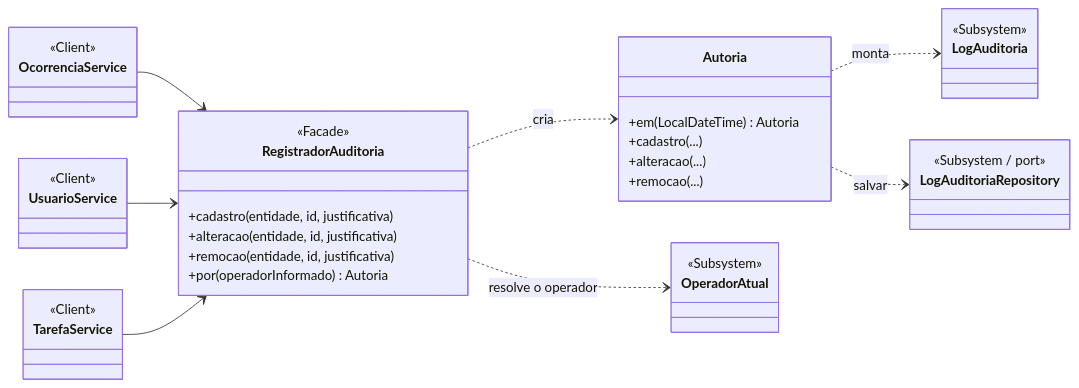
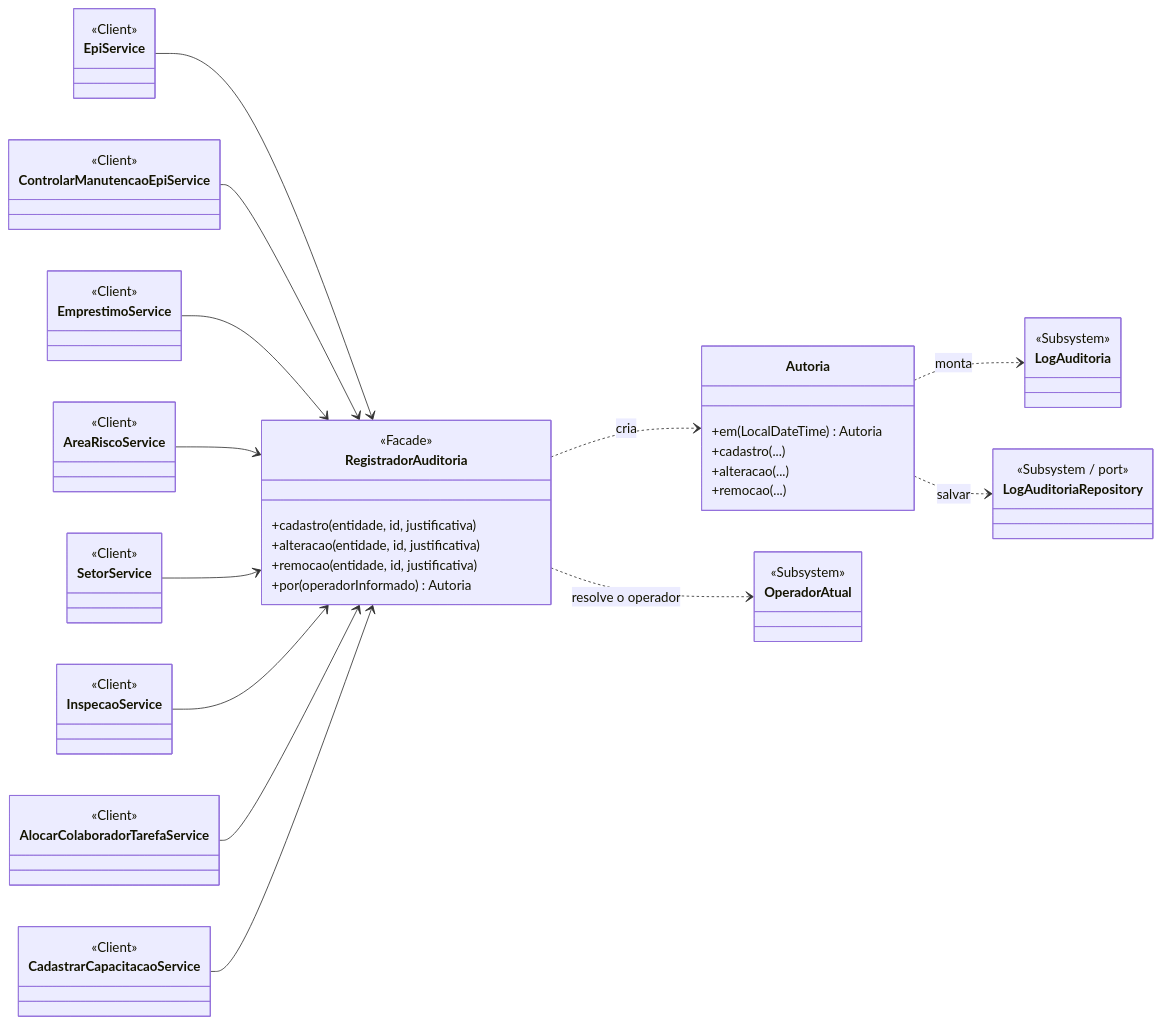
Before and after one commit to yIuriy/rp-iv-grupo03-safeplace: the tenth of 38 diagrams in docs/arquitetura/padroes-de-projeto.md, drawn with Mermaid. The commit also changed other lines of this file, not shown here.

````diff
--- a/docs/arquitetura/padroes-de-projeto.md
+++ b/docs/arquitetura/padroes-de-projeto.md
@@ -908,42 +925,62 @@
 ```mermaid
 classDiagram
   direction LR
   class RegistradorAuditoria {
     <<Facade>>
     +cadastro(entidade, id, justificativa)
     +alteracao(entidade, id, justificativa)
     +remocao(entidade, id, justificativa)
     +por(operadorInformado) Autoria
   }
   class Autoria {
     +em(LocalDateTime) Autoria
     +cadastro(...)
     +alteracao(...)
     +remocao(...)
   }
   class LogAuditoria {
     <<Subsystem>>
   }
   class LogAuditoriaRepository {
     <<Subsystem / port>>
   }
   class OperadorAtual {
     <<Subsystem>>
   }
-  class OcorrenciaService {
+  class EpiService {
     <<Client>>
   }
-  class UsuarioService {
+  class ControlarManutencaoEpiService {
     <<Client>>
   }
-  class TarefaService {
+  class EmprestimoService {
+    <<Client>>
+  }
+  class AreaRiscoService {
+    <<Client>>
+  }
+  class SetorService {
+    <<Client>>
+  }
+  class InspecaoService {
+    <<Client>>
+  }
+  class AlocarColaboradorTarefaService {
+    <<Client>>
+  }
+  class CadastrarCapacitacaoService {
     <<Client>>
   }
   RegistradorAuditoria ..> Autoria : cria
   Autoria ..> LogAuditoria : monta
   Autoria ..> LogAuditoriaRepository : salvar
   RegistradorAuditoria ..> OperadorAtual : resolve o operador
-  OcorrenciaService --> RegistradorAuditoria
-  UsuarioService --> RegistradorAuditoria
-  TarefaService --> RegistradorAuditoria
+  EpiService --> RegistradorAuditoria
+  ControlarManutencaoEpiService --> RegistradorAuditoria
+  EmprestimoService --> RegistradorAuditoria
+  AreaRiscoService --> RegistradorAuditoria
+  SetorService --> RegistradorAuditoria
+  InspecaoService --> RegistradorAuditoria
+  AlocarColaboradorTarefaService --> RegistradorAuditoria
+  CadastrarCapacitacaoService --> RegistradorAuditoria
 ```
````
